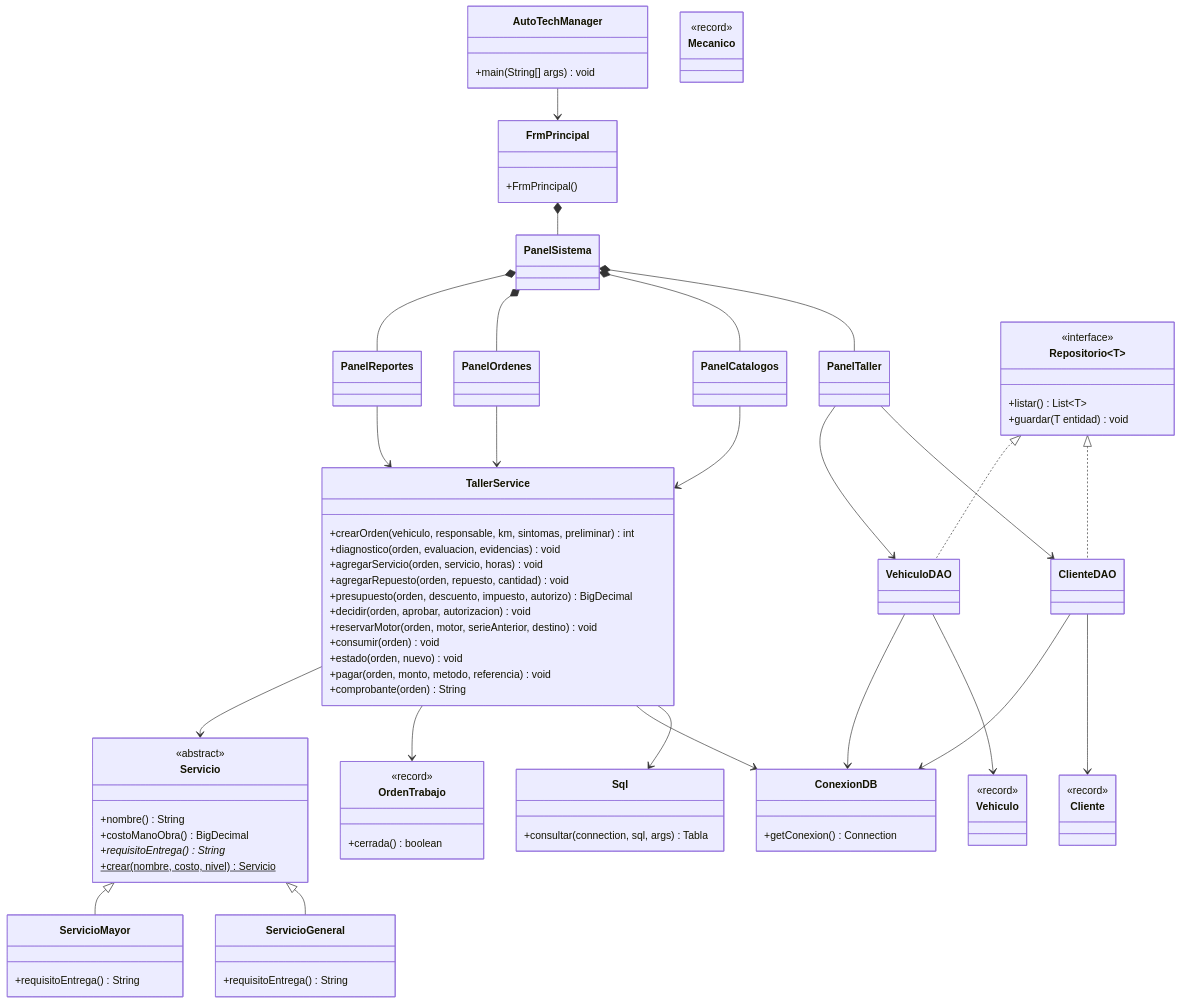
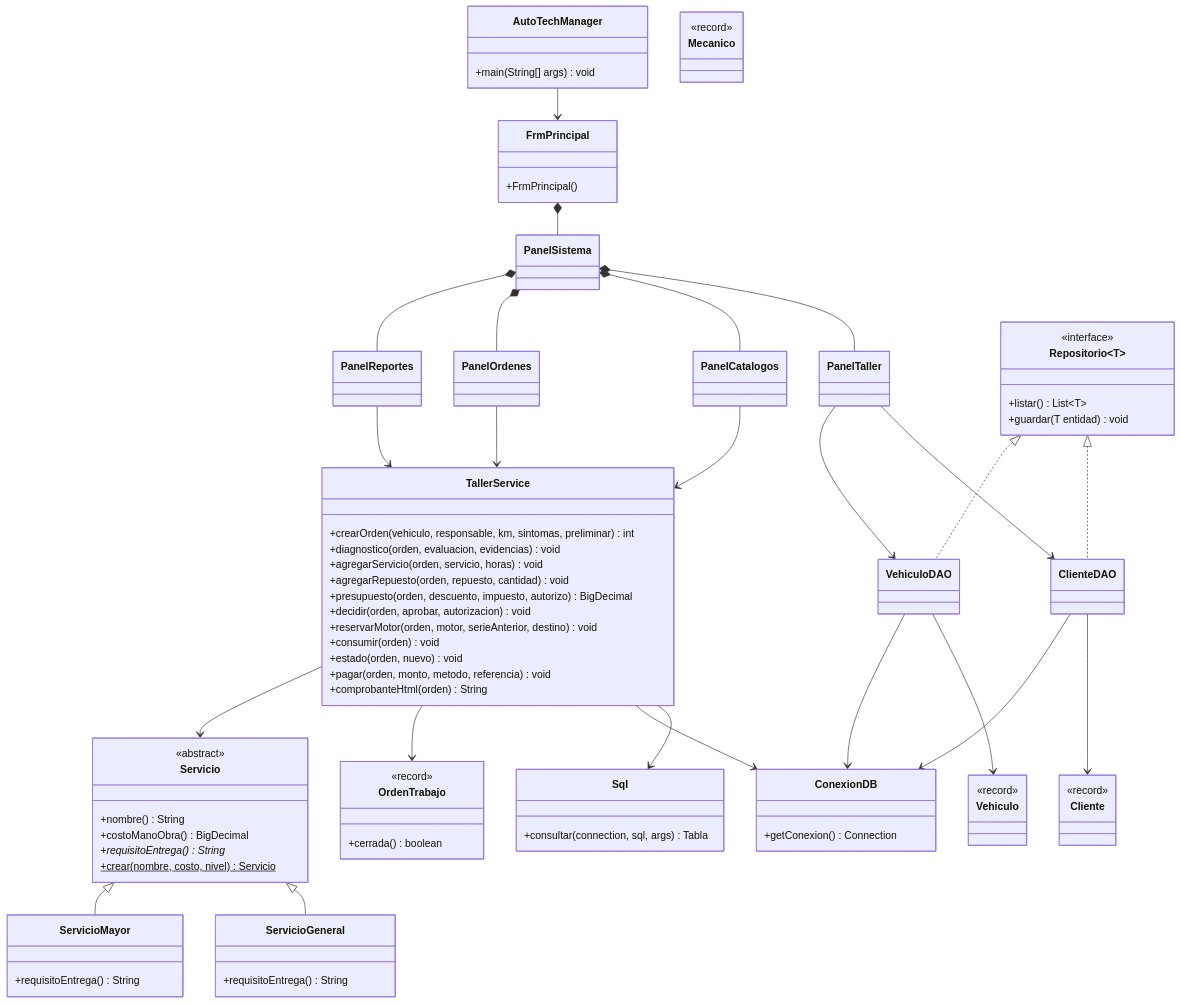
Before and after one commit to 6erson/AutoTechManagerProyecto: the second of 2 diagrams in docs/Diagramas.md, drawn with Mermaid. The commit also changed other lines of this file and 51 other files, not shown here.

````diff
--- a/docs/Diagramas.md
+++ b/docs/Diagramas.md
@@ -216,71 +217,71 @@
 ```mermaid
 classDiagram
     class AutoTechManager { +main(String[] args) void }
     class FrmPrincipal { +FrmPrincipal() }
     class PanelSistema
     class PanelTaller
     class PanelCatalogos
     class PanelOrdenes
     class PanelReportes
     class TallerService {
         +crearOrden(vehiculo, responsable, km, sintomas, preliminar) int
         +diagnostico(orden, evaluacion, evidencias) void
         +agregarServicio(orden, servicio, horas) void
         +agregarRepuesto(orden, repuesto, cantidad) void
         +presupuesto(orden, descuento, impuesto, autorizo) BigDecimal
         +decidir(orden, aprobar, autorizacion) void
         +reservarMotor(orden, motor, serieAnterior, destino) void
         +consumir(orden) void
         +estado(orden, nuevo) void
         +pagar(orden, monto, metodo, referencia) void
-        +comprobante(orden) String
+        +comprobanteHtml(orden) String
     }
     class Sql { +consultar(connection, sql, args) Tabla }
     class ConexionDB { +getConexion() Connection }
     class Repositorio~T~ {
         <<interface>>
         +listar() List~T~
         +guardar(T entidad) void
     }
     class ClienteDAO
     class VehiculoDAO
     class Cliente { <<record>> }
     class Vehiculo { <<record>> }
     class Mecanico { <<record>> }
     class OrdenTrabajo {
         <<record>>
         +cerrada() boolean
     }
     class Servicio {
         <<abstract>>
         +nombre() String
         +costoManoObra() BigDecimal
         +requisitoEntrega()* String
         +crear(nombre, costo, nivel)$ Servicio
     }
     class ServicioGeneral { +requisitoEntrega() String }
     class ServicioMayor { +requisitoEntrega() String }
     AutoTechManager --> FrmPrincipal
     FrmPrincipal *-- PanelSistema
     PanelSistema *-- PanelTaller
     PanelSistema *-- PanelCatalogos
     PanelSistema *-- PanelOrdenes
     PanelSistema *-- PanelReportes
     PanelTaller --> ClienteDAO
     PanelTaller --> VehiculoDAO
     PanelCatalogos --> TallerService
     PanelOrdenes --> TallerService
     PanelReportes --> TallerService
     Repositorio <|.. ClienteDAO
     Repositorio <|.. VehiculoDAO
     ClienteDAO --> Cliente
     VehiculoDAO --> Vehiculo
     ClienteDAO --> ConexionDB
     VehiculoDAO --> ConexionDB
     TallerService --> Sql
     TallerService --> ConexionDB
     TallerService --> OrdenTrabajo
     TallerService --> Servicio
     Servicio <|-- ServicioGeneral
     Servicio <|-- ServicioMayor
 ```
````
